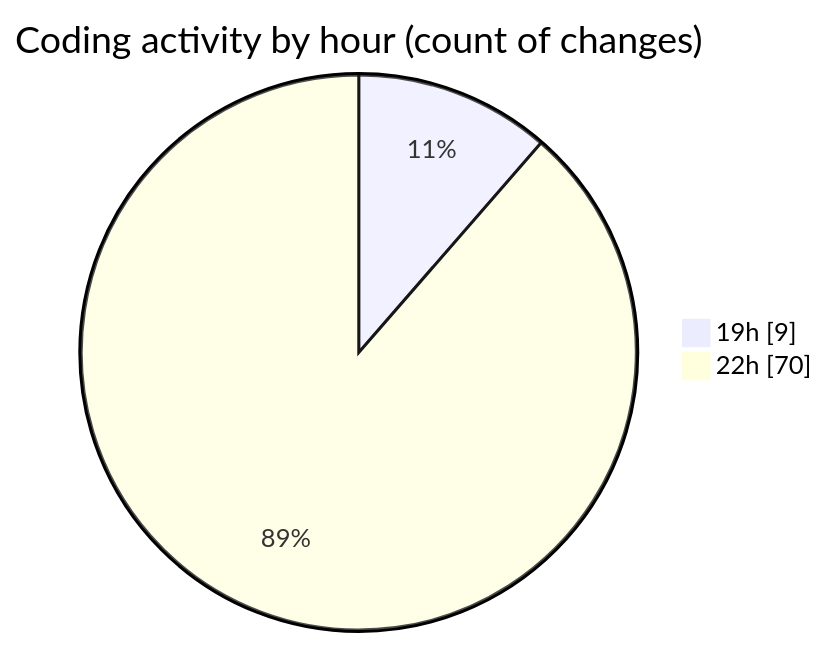
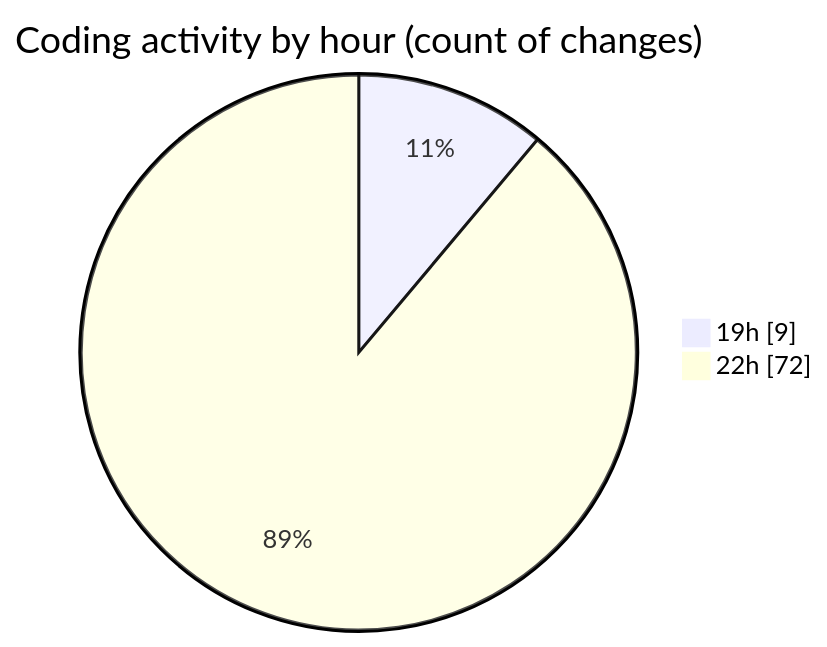
The second of 2 diagrams in 2025-10-07/untitled__workspace_/README.md (MatusMokan/code-tracking), drawn with Mermaid before and after one commit. The commit also changed other lines of this file and 1 other file, not shown here.

````diff
--- a/2025-10-07/untitled__workspace_/README.md
+++ b/2025-10-07/untitled__workspace_/README.md
@@ -31,6 +31,6 @@
 ```mermaid
 pie showData
 title Coding activity by hour (count of changes)
 "19h" : 9
-"22h" : 70
+"22h" : 72
 ```
````
